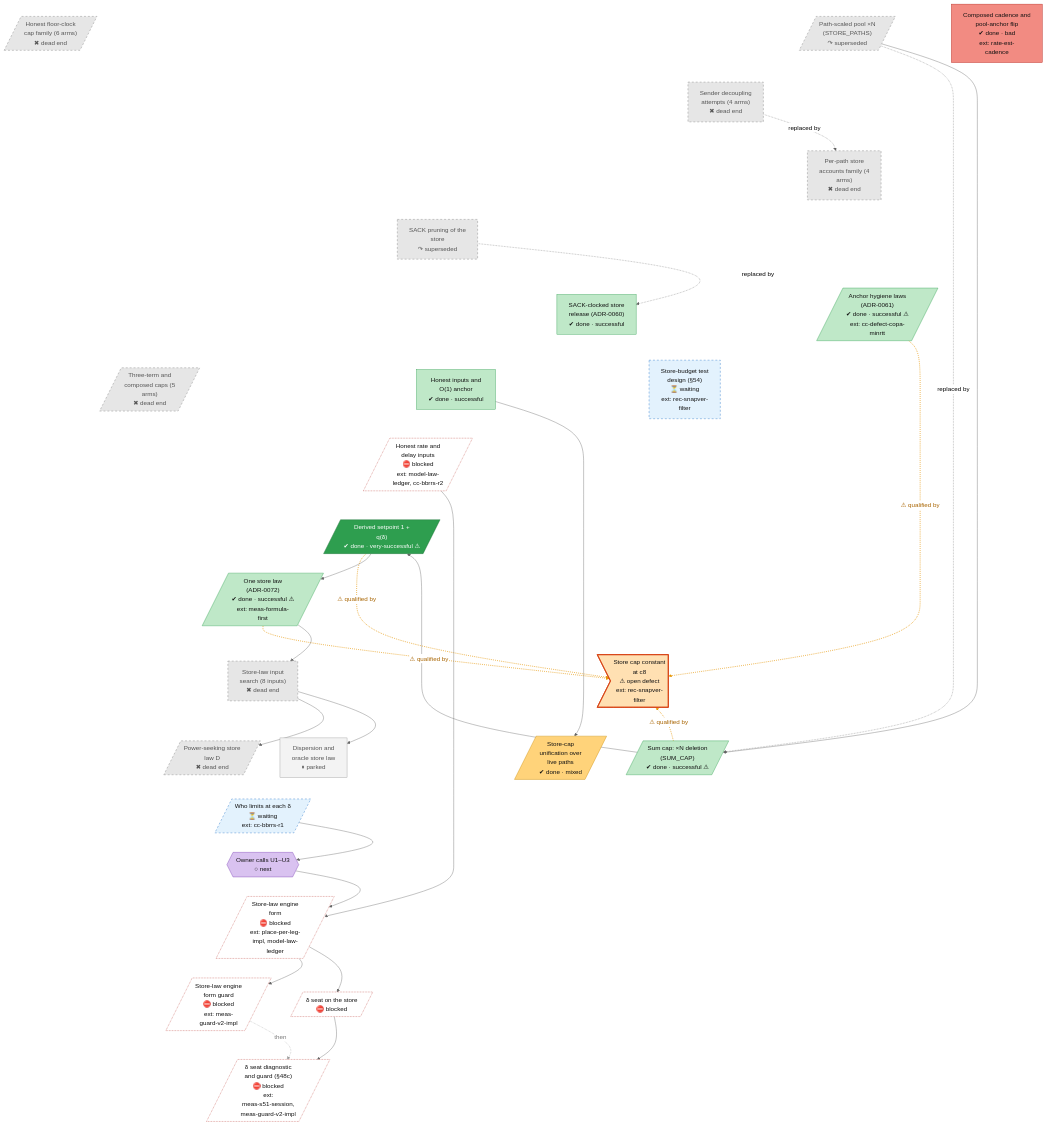
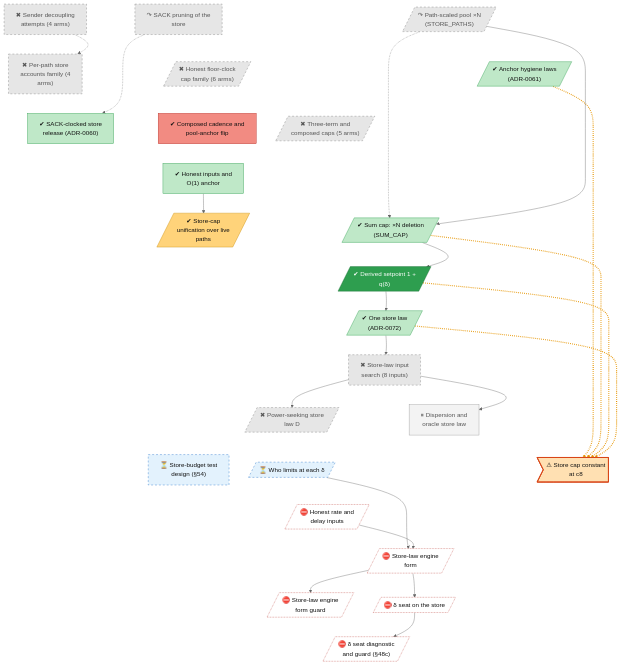
The diagram in docs/roadmap/tracks/store.md (lhns/raptorpath), drawn with Mermaid (neutral theme) before and after one commit. The commit also changed 15 other files, not shown here.

Commit message:
roadmap: one direction (time) in every diagram, shorter labels, text legend, timeline on its own page, owner decisions kept out of diagrams

````diff
--- a/docs/roadmap/tracks/store.md
+++ b/docs/roadmap/tracks/store.md
@@ -10,76 +10,41 @@
 ```mermaid
 flowchart TB
-    store_xn_pool[/"Path-scaled pool ×N<br/>(STORE_PATHS)<br/>↷ superseded"/]
-    store_percap_family["Per-path store<br/>accounts family (4<br/>arms)<br/>✖ dead end"]
-    store_honest_cap_family[/"Honest floor-clock<br/>cap family (6 arms)<br/>✖ dead end"/]
-    store_pool_anchor_flip["Composed cadence and<br/>pool-anchor flip<br/>✔ done · bad<br/>ext: rate-est-<br/>cadence"]
-    store_sack_prune["SACK pruning of the<br/>store<br/>↷ superseded"]
-    store_sack_release["SACK-clocked store<br/>release (ADR-0060)<br/>✔ done · successful"]
-    store_sender_decoupling["Sender decoupling<br/>attempts (4 arms)<br/>✖ dead end"]
-    store_anchor_hygiene[/"Anchor hygiene laws<br/>(ADR-0061)<br/>✔ done · successful ⚠<br/>ext: cc-defect-copa-<br/>minrtt"/]
-    store_three_term[/"Three-term and<br/>composed caps (5<br/>arms)<br/>✖ dead end"/]
-    store_cap_unification[/"Store-cap<br/>unification over<br/>live paths<br/>✔ done · mixed"/]
-    store_honest_inputs["Honest inputs and<br/>O(1) anchor<br/>✔ done · successful"]
-    store_sum_cap[/"Sum cap: ×N deletion<br/>(SUM_CAP)<br/>✔ done · successful ⚠"/]
-    store_delta_cap[/"Derived setpoint 1 +<br/>q(δ)<br/>✔ done · very-successful ⚠"/]
-    store_adr72_one_law[/"One store law<br/>(ADR-0072)<br/>✔ done · successful ⚠<br/>ext: meas-formula-<br/>first"/]
-    store_input_search["Store-law input<br/>search (8 inputs)<br/>✖ dead end"]
-    store_power_law[/"Power-seeking store<br/>law D<br/>✖ dead end"/]
-    store_engine_form["Dispersion and<br/>oracle store law<br/>⏸ parked"]
-    store_w1_who_limits[/"Who limits at each δ<br/>⏳ waiting<br/>ext: cc-bbrrs-r1"/]
-    store_s54_budget["Store-budget test<br/>design (#167;54)<br/>⏳ waiting<br/>ext: rec-snapver-<br/>filter"]
-    store_defect_cap_constant>"Store cap constant<br/>at c8<br/>⚠ open defect<br/>ext: rec-snapver-<br/>filter"]
-    store_engine_form_guard[/"Store-law engine<br/>form guard<br/>⛔ blocked<br/>ext: meas-<br/>guard-v2-impl"/]
-    store_s48c_session[/"δ seat diagnostic<br/>and guard (#167;48c)<br/>⛔ blocked<br/>ext:<br/>meas-s51-session,<br/>meas-guard-v2-impl"/]
-    store_user_u1u3{{"Owner calls U1–U3<br/>○ next"}}
-    store_engine_form_impl[/"Store-law engine<br/>form<br/>⛔ blocked<br/>ext: place-per-leg-<br/>impl, model-law-<br/>ledger"/]
-    store_delta_seat[/"δ seat on the store<br/>⛔ blocked"/]
-    store_fix_maxbw_minrtt[/"Honest rate and<br/>delay inputs<br/>⛔ blocked<br/>ext: model-law-<br/>ledger, cc-bbrrs-r2"/]
-    store_xn_pool ~~~ store_sack_prune
-    store_xn_pool ~~~ store_sack_release
-    store_xn_pool ~~~ store_sender_decoupling
+    store_sender_decoupling["✖ Sender decoupling<br/>attempts (4 arms)"]
+    store_sack_prune["↷ SACK pruning of the<br/>store"]
+    store_xn_pool[/"↷ Path-scaled pool ×N<br/>(STORE_PATHS)"/]
+    store_percap_family["✖ Per-path store<br/>accounts family (4<br/>arms)"]
+    store_honest_cap_family[/"✖ Honest floor-clock<br/>cap family (6 arms)"/]
+    store_anchor_hygiene[/"✔ Anchor hygiene laws<br/>(ADR-0061)"/]
+    store_sack_release["✔ SACK-clocked store<br/>release (ADR-0060)"]
+    store_pool_anchor_flip["✔ Composed cadence and<br/>pool-anchor flip"]
+    store_three_term[/"✖ Three-term and<br/>composed caps (5 arms)"/]
+    store_honest_inputs["✔ Honest inputs and<br/>O(1) anchor"]
+    store_cap_unification[/"✔ Store-cap<br/>unification over live<br/>paths"/]
+    store_sum_cap[/"✔ Sum cap: ×N deletion<br/>(SUM_CAP)"/]
+    store_delta_cap[/"✔ Derived setpoint 1 +<br/>q(δ)"/]
+    store_adr72_one_law[/"✔ One store law<br/>(ADR-0072)"/]
+    store_input_search["✖ Store-law input<br/>search (8 inputs)"]
+    store_power_law[/"✖ Power-seeking store<br/>law D"/]
+    store_engine_form["⏸ Dispersion and<br/>oracle store law"]
+    store_w1_who_limits[/"⏳ Who limits at each δ"/]
+    store_s54_budget["⏳ Store-budget test<br/>design (#167;54)"]
+    store_defect_cap_constant>"⚠ Store cap constant<br/>at c8"]
+    store_fix_maxbw_minrtt[/"⛔ Honest rate and<br/>delay inputs"/]
+    store_engine_form_impl[/"⛔ Store-law engine<br/>form"/]
+    store_engine_form_guard[/"⛔ Store-law engine<br/>form guard"/]
+    store_delta_seat[/"⛔ δ seat on the store"/]
+    store_s48c_session[/"⛔ δ seat diagnostic<br/>and guard (#167;48c)"/]
+    store_sender_decoupling ~~~ store_percap_family
+    store_sack_prune ~~~ store_honest_cap_family
     store_xn_pool ~~~ store_anchor_hygiene
-    store_percap_family ~~~ store_sack_prune
     store_percap_family ~~~ store_sack_release
-    store_percap_family ~~~ store_sender_decoupling
-    store_percap_family ~~~ store_anchor_hygiene
-    store_honest_cap_family ~~~ store_sack_prune
-    store_honest_cap_family ~~~ store_sack_release
-    store_honest_cap_family ~~~ store_sender_decoupling
-    store_honest_cap_family ~~~ store_anchor_hygiene
-    store_pool_anchor_flip ~~~ store_sack_prune
-    store_pool_anchor_flip ~~~ store_sack_release
-    store_pool_anchor_flip ~~~ store_sender_decoupling
-    store_pool_anchor_flip ~~~ store_anchor_hygiene
-    store_sack_prune ~~~ store_three_term
-    store_sack_prune ~~~ store_honest_inputs
-    store_sack_prune ~~~ store_s54_budget
-    store_sack_prune ~~~ store_defect_cap_constant
-    store_sack_release ~~~ store_three_term
+    store_honest_cap_family ~~~ store_pool_anchor_flip
+    store_anchor_hygiene ~~~ store_three_term
     store_sack_release ~~~ store_honest_inputs
-    store_sack_release ~~~ store_s54_budget
-    store_sack_release ~~~ store_defect_cap_constant
-    store_sender_decoupling ~~~ store_three_term
-    store_sender_decoupling ~~~ store_honest_inputs
-    store_sender_decoupling ~~~ store_s54_budget
-    store_sender_decoupling ~~~ store_defect_cap_constant
-    store_anchor_hygiene ~~~ store_three_term
-    store_anchor_hygiene ~~~ store_honest_inputs
-    store_anchor_hygiene ~~~ store_s54_budget
-    store_anchor_hygiene ~~~ store_defect_cap_constant
-    store_three_term ~~~ store_fix_maxbw_minrtt
-    store_three_term ~~~ store_cap_unification
-    store_three_term ~~~ store_sum_cap
-    store_honest_inputs ~~~ store_fix_maxbw_minrtt
+    store_pool_anchor_flip ~~~ store_honest_inputs
+    store_three_term ~~~ store_honest_inputs
     store_honest_inputs ~~~ store_cap_unification
     store_honest_inputs ~~~ store_sum_cap
-    store_s54_budget ~~~ store_fix_maxbw_minrtt
-    store_s54_budget ~~~ store_cap_unification
-    store_s54_budget ~~~ store_sum_cap
-    store_defect_cap_constant ~~~ store_fix_maxbw_minrtt
-    store_defect_cap_constant ~~~ store_cap_unification
-    store_defect_cap_constant ~~~ store_sum_cap
-    store_fix_maxbw_minrtt ~~~ store_delta_cap
     store_cap_unification ~~~ store_delta_cap
     store_sum_cap ~~~ store_delta_cap
     store_delta_cap ~~~ store_adr72_one_law
@@ -87,36 +52,36 @@
     store_input_search ~~~ store_power_law
     store_input_search ~~~ store_engine_form
     store_power_law ~~~ store_w1_who_limits
-    store_engine_form ~~~ store_w1_who_limits
-    store_w1_who_limits ~~~ store_user_u1u3
-    store_user_u1u3 ~~~ store_engine_form_impl
+    store_engine_form ~~~ store_s54_budget
+    store_engine_form ~~~ store_defect_cap_constant
+    store_w1_who_limits ~~~ store_fix_maxbw_minrtt
+    store_s54_budget ~~~ store_fix_maxbw_minrtt
+    store_defect_cap_constant ~~~ store_fix_maxbw_minrtt
+    store_fix_maxbw_minrtt ~~~ store_engine_form_impl
     store_engine_form_impl ~~~ store_engine_form_guard
     store_engine_form_impl ~~~ store_delta_seat
     store_engine_form_guard ~~~ store_s48c_session
     store_delta_seat ~~~ store_s48c_session
-    store_xn_pool -.->|replaced by| store_sum_cap
-    store_sack_prune -.->|replaced by| store_sack_release
-    store_sender_decoupling -.->|replaced by| store_percap_family
-    store_anchor_hygiene -.->|⚠ qualified by| store_defect_cap_constant
+    store_sender_decoupling -.-> store_percap_family
+    store_sack_prune -.-> store_sack_release
+    store_xn_pool -.-> store_sum_cap
+    store_anchor_hygiene -.-> store_defect_cap_constant
     store_honest_inputs --> store_cap_unification
     store_xn_pool --> store_sum_cap
-    store_sum_cap -.->|⚠ qualified by| store_defect_cap_constant
+    store_sum_cap -.-> store_defect_cap_constant
     store_sum_cap --> store_delta_cap
-    store_delta_cap -.->|⚠ qualified by| store_defect_cap_constant
+    store_delta_cap -.-> store_defect_cap_constant
     store_delta_cap --> store_adr72_one_law
-    store_adr72_one_law -.->|⚠ qualified by| store_defect_cap_constant
+    store_adr72_one_law -.-> store_defect_cap_constant
     store_adr72_one_law --> store_input_search
     store_input_search --> store_power_law
     store_input_search --> store_engine_form
+    store_w1_who_limits --> store_engine_form_impl
+    store_fix_maxbw_minrtt --> store_engine_form_impl
     store_engine_form_impl --> store_engine_form_guard
+    store_engine_form_impl --> store_delta_seat
     store_delta_seat --> store_s48c_session
-    store_w1_who_limits --> store_user_u1u3
-    store_user_u1u3 --> store_engine_form_impl
-    store_fix_maxbw_minrtt --> store_engine_form_impl
-    store_engine_form_impl --> store_delta_seat
-    store_engine_form_guard -.->|then| store_s48c_session
-    linkStyle 62,65,67,69 stroke:#e69500,stroke-width:2px,stroke-dasharray:2 3,color:#a86400
-    linkStyle 79 stroke:#999,stroke-width:1px,color:#777
+    linkStyle 31,34,36,38 stroke:#e69500,stroke-width:3px,stroke-dasharray:2 3
     classDef vsucc fill:#2e9e4f,stroke:#1b6b34,color:#fff
     classDef succ fill:#bfe8c8,stroke:#2e9e4f,color:#111
     classDef mixed fill:#ffd37a,stroke:#c98a00,color:#111
@@ -130,14 +95,13 @@
     classDef userdec fill:#d9c2f0,stroke:#7b3fb5,color:#111
     classDef defect fill:#ffe0b2,stroke:#d84315,stroke-width:2px,color:#111
     classDef waiting fill:#e3f2fd,stroke:#1f6fc5,stroke-dasharray:5 5,color:#111
-    class store_xn_pool,store_percap_family,store_honest_cap_family,store_sack_prune,store_sender_decoupling,store_three_term,store_input_search,store_power_law dead
+    class store_sender_decoupling,store_sack_prune,store_xn_pool,store_percap_family,store_honest_cap_family,store_three_term,store_input_search,store_power_law dead
+    class store_anchor_hygiene,store_sack_release,store_honest_inputs,store_sum_cap,store_adr72_one_law succ
     class store_pool_anchor_flip bad
-    class store_sack_release,store_anchor_hygiene,store_honest_inputs,store_sum_cap,store_adr72_one_law succ
     class store_cap_unification mixed
     class store_delta_cap vsucc
     class store_engine_form parked
     class store_w1_who_limits,store_s54_budget waiting
     class store_defect_cap_constant defect
-    class store_engine_form_guard,store_s48c_session,store_engine_form_impl,store_delta_seat,store_fix_maxbw_minrtt blocked
-    class store_user_u1u3 userdec
+    class store_fix_maxbw_minrtt,store_engine_form_impl,store_engine_form_guard,store_delta_seat,store_s48c_session blocked
 ```
````
